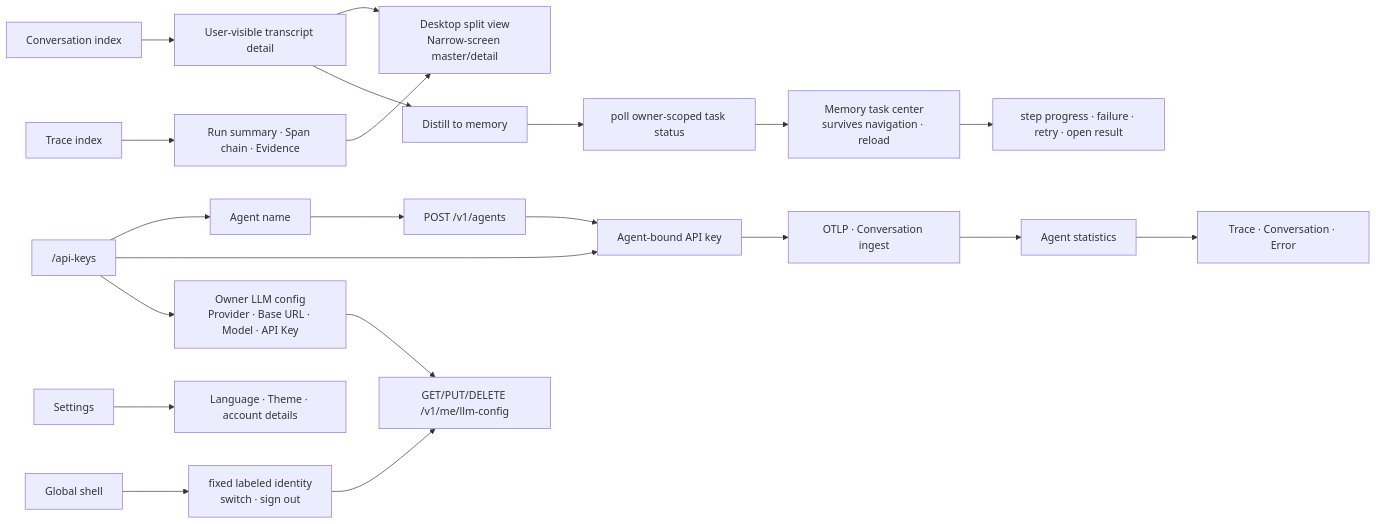
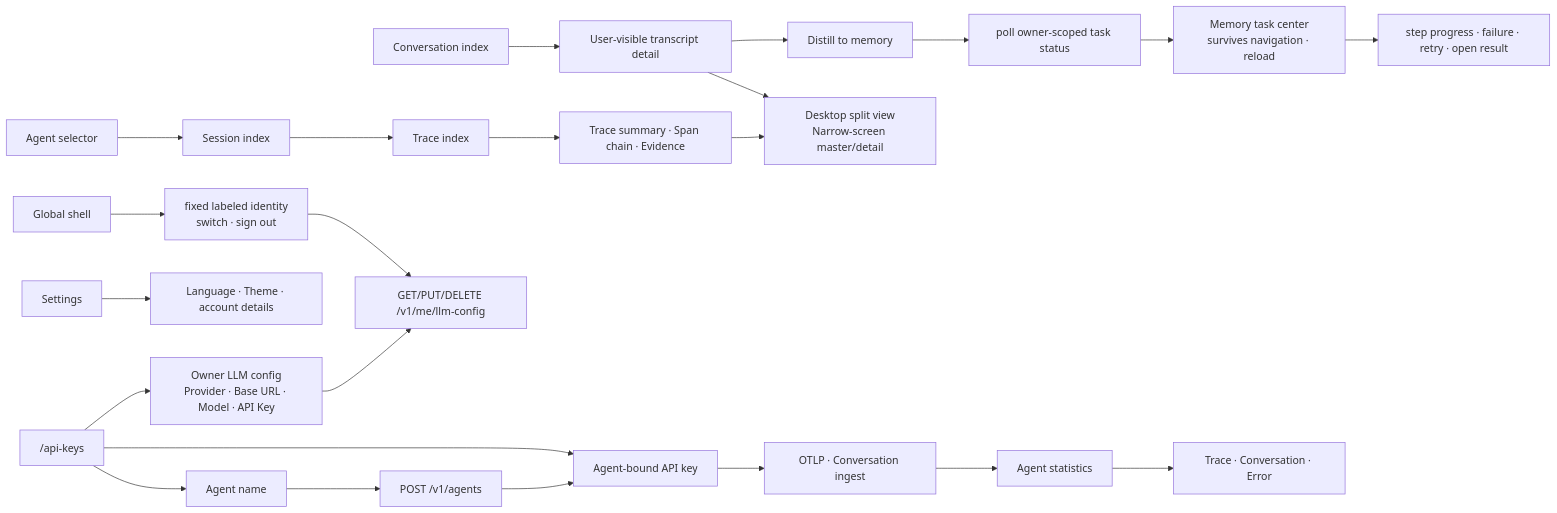
Before and after one commit to fightheyyy/CATENA: the second of 2 diagrams in catena-web/SPEC.md, drawn with Mermaid. The commit also changed other lines of this file and 32 other files, not shown here.

````diff
--- a/catena-web/SPEC.md
+++ b/catena-web/SPEC.md
@@ -30,23 +30,25 @@
 ```mermaid
 flowchart LR
     Conversation["Conversation index"] --> ConversationDetail["User-visible transcript detail"]
-    Trace["Trace index"] --> TraceDetail["Run summary · Span chain · Evidence"]
+    AgentTrace["Agent selector"] --> Session["Session index"]
+    Session --> Trace["Trace index"]
+    Trace --> TraceDetail["Trace summary · Span chain · Evidence"]
     ConversationDetail --> Responsive["Desktop split view<br/>Narrow-screen master/detail"]
     ConversationDetail --> Submit["Distill to memory"]
     Submit --> Poll["poll owner-scoped task status"]
     Poll --> TaskCenter["Memory task center<br/>survives navigation · reload"]
     TaskCenter --> Progress["step progress · failure · retry · open result"]
     TraceDetail --> Responsive
     Stats["Agent statistics"] --> Evidence["Trace · Conversation · Error"]
     Keys["/api-keys"] --> Name["Agent name"]
     Name --> API["POST /v1/agents"]
     API --> Credential["Agent-bound API key"]
     Keys --> Credential
     Keys --> ModelConfig["Owner LLM config<br/>Provider · Base URL · Model · API Key"]
     ModelConfig --> Go["GET/PUT/DELETE /v1/me/llm-config"]
     Credential --> Ingest["OTLP · Conversation ingest"]
     Ingest --> Stats
     Settings["Settings"] --> Preferences["Language · Theme · account details"]
     Shell["Global shell"] --> AccountMenu["fixed labeled identity<br/>switch · sign out"]
     AccountMenu --> Go
 ```
````
